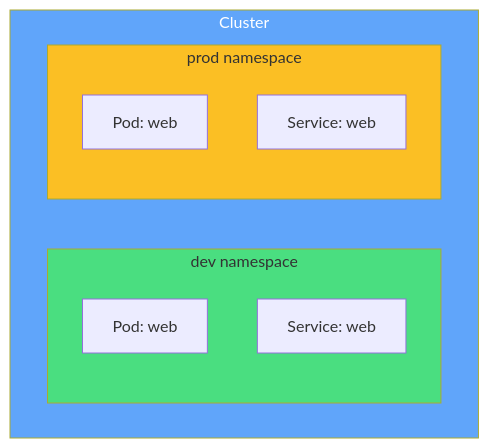
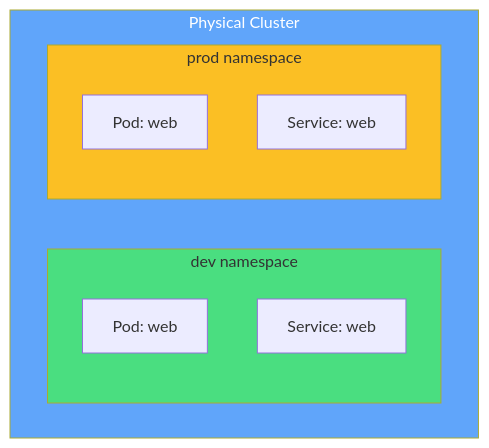
Before and after one commit to courselabs/kubernetes: the second of 11 diagrams in slides/namespaces/slides.md, drawn with Mermaid. The commit also changed other lines of this file and 5 other files, not shown here.

````diff
--- a/slides/namespaces/slides.md
+++ b/slides/namespaces/slides.md
@@ -65,16 +84,16 @@
 ```mermaid
 graph TB
-    subgraph Cluster
+    subgraph Cluster[Physical Cluster]
         subgraph NS1[dev namespace]
             P1[Pod: web]
             S1[Service: web]
         end
         subgraph NS2[prod namespace]
             P2[Pod: web]
             S2[Service: web]
         end
     end
     style Cluster fill:#60a5fa,color:#fff
     style NS1 fill:#4ade80
     style NS2 fill:#fbbf24
 ```
````
